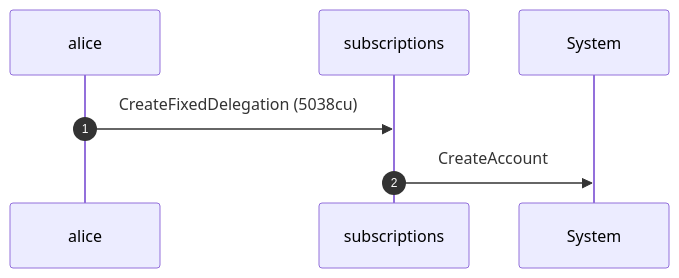
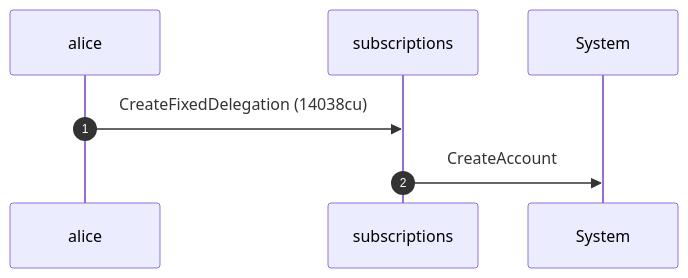
One commit to cds-rs/subscriptions changed the fifth of 12 diagrams in dsl_tests/fixed-transfer-rejects-a-non-canonical-source.md. Above: the diagram before and after it, drawn with Mermaid. The commit also changed other lines of this file and 224 other files, not shown here.

````diff
--- a/dsl_tests/fixed-transfer-rejects-a-non-canonical-source.md
+++ b/dsl_tests/fixed-transfer-rejects-a-non-canonical-source.md
@@ -104,9 +110,9 @@
 ```mermaid
 sequenceDiagram
     autonumber
     participant alice
     participant subscriptions
     participant System
-    alice ->> subscriptions: CreateFixedDelegation (5038cu)
+    alice ->> subscriptions: CreateFixedDelegation (14038cu)
     subscriptions ->> System: CreateAccount
 ```
````
